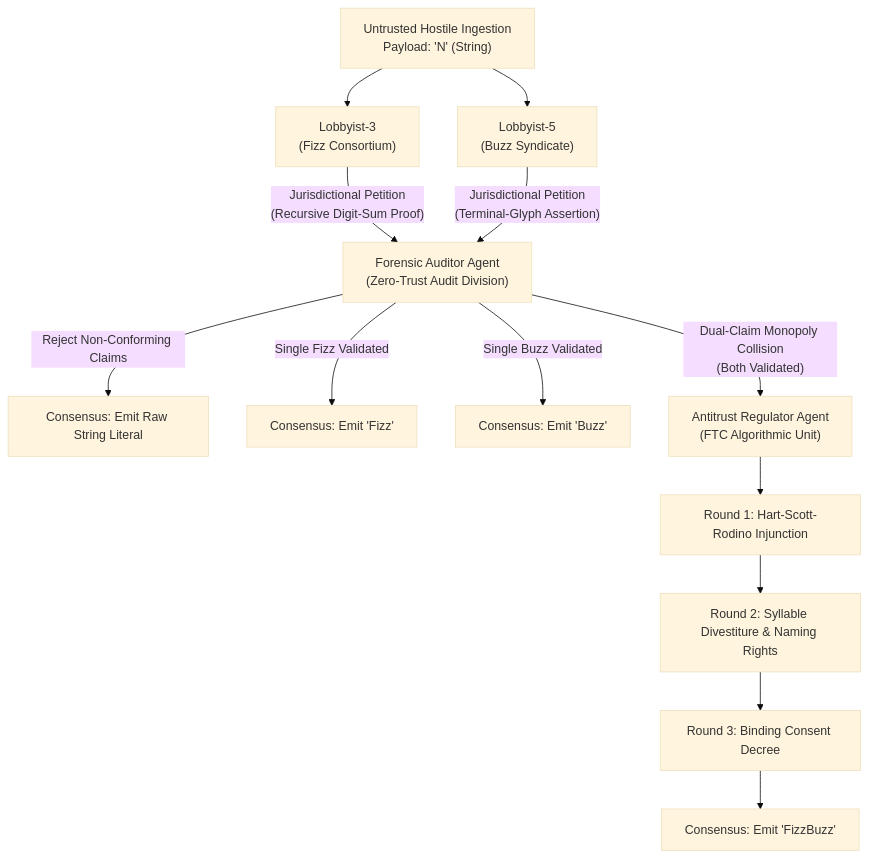
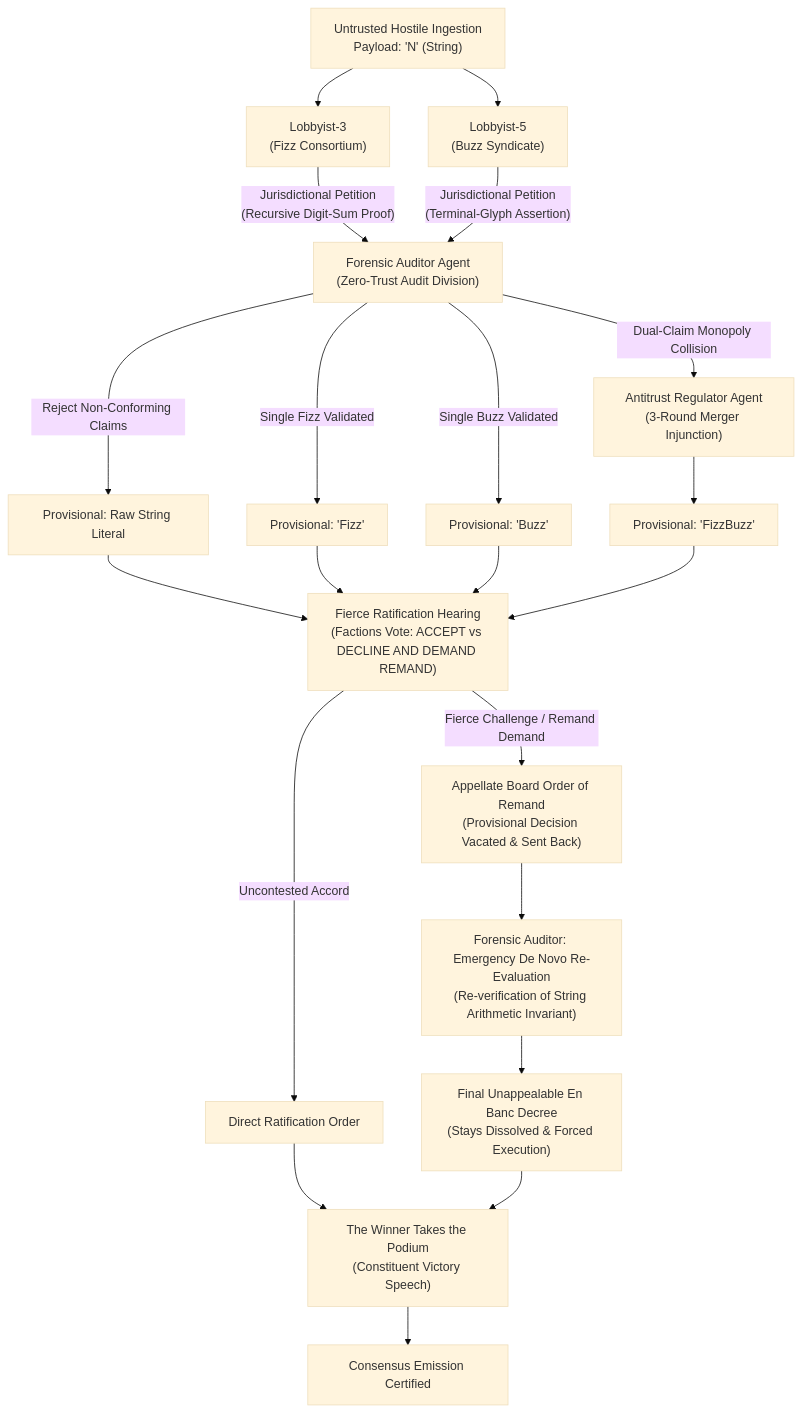
Before and after one commit to adamoutler/byzantine-fizzbuzz: the diagram in README.md, drawn with Mermaid (base theme). The commit also changed other lines of this file and 2 other files, not shown here.

Commit message:
feat: add fierce faction remand circuit, board re-evaluation orders, and constituent victory speeches

````diff
--- a/README.md
+++ b/README.md
@@ -19,19 +22,29 @@
 ```mermaid
 flowchart TD
     Ingest["Untrusted Hostile Ingestion<br>Payload: 'N' (String)"] --> L3["Lobbyist-3<br>(Fizz Consortium)"]
     Ingest --> L5["Lobbyist-5<br>(Buzz Syndicate)"]
 
     L3 -- "Jurisdictional Petition<br>(Recursive Digit-Sum Proof)" --> Auditor["Forensic Auditor Agent<br>(Zero-Trust Audit Division)"]
     L5 -- "Jurisdictional Petition<br>(Terminal-Glyph Assertion)" --> Auditor
 
-    Auditor -- "Reject Non-Conforming Claims" --> Fallback["Consensus: Emit Raw String Literal"]
-    Auditor -- "Single Fizz Validated" --> EmitFizz["Consensus: Emit 'Fizz'"]
-    Auditor -- "Single Buzz Validated" --> EmitBuzz["Consensus: Emit 'Buzz'"]
+    Auditor -- "Reject Non-Conforming Claims" --> ProvLiteral["Provisional: Raw String Literal"]
+    Auditor -- "Single Fizz Validated" --> ProvFizz["Provisional: 'Fizz'"]
+    Auditor -- "Single Buzz Validated" --> ProvBuzz["Provisional: 'Buzz'"]
+    Auditor -- "Dual-Claim Monopoly Collision" --> FTC["Antitrust Regulator Agent<br>(3-Round Merger Injunction)"]
+    FTC --> ProvFizzBuzz["Provisional: 'FizzBuzz'"]
 
-    Auditor -- "Dual-Claim Monopoly Collision<br>(Both Validated)" --> FTC["Antitrust Regulator Agent<br>(FTC Algorithmic Unit)"]
+    ProvLiteral --> Ratify["Fierce Ratification Hearing<br>(Factions Vote: ACCEPT vs DECLINE AND DEMAND REMAND)"]
+    ProvFizz --> Ratify
+    ProvBuzz --> Ratify
+    ProvFizzBuzz --> Ratify
 
-    FTC --> R1["Round 1: Hart-Scott-Rodino Injunction"]
-    R1 --> R2["Round 2: Syllable Divestiture & Naming Rights"]
-    R2 --> R3["Round 3: Binding Consent Decree"]
-    R3 --> EmitFizzBuzz["Consensus: Emit 'FizzBuzz'"]
+    Ratify -- "Uncontested Accord" --> DirectOverride["Direct Ratification Order"]
+    Ratify -- "Fierce Challenge / Remand Demand" --> Remand["Appellate Board Order of Remand<br>(Provisional Decision Vacated & Sent Back)"]
+
+    Remand --> DeNovo["Forensic Auditor: Emergency De Novo Re-Evaluation<br>(Re-verification of String Arithmetic Invariant)"]
+    DeNovo --> EnBanc["Final Unappealable En Banc Decree<br>(Stays Dissolved & Forced Execution)"]
+
+    DirectOverride --> Podium["The Winner Takes the Podium<br>(Constituent Victory Speech)"]
+    EnBanc --> Podium
+    Podium --> EmitFinal["Consensus Emission Certified"]
 ```
````
